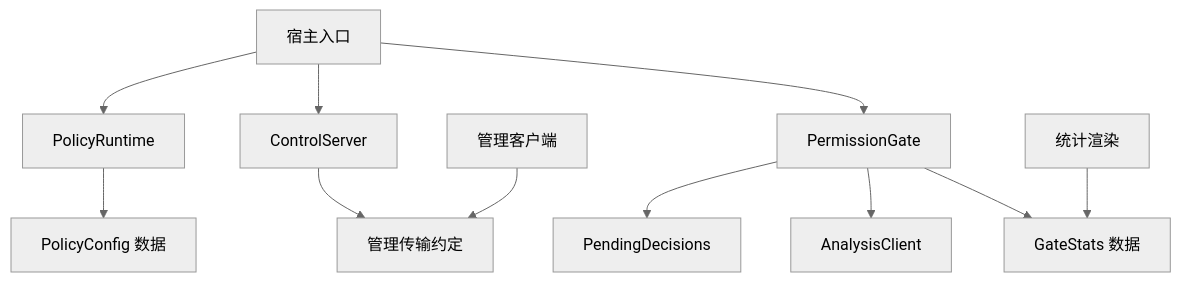
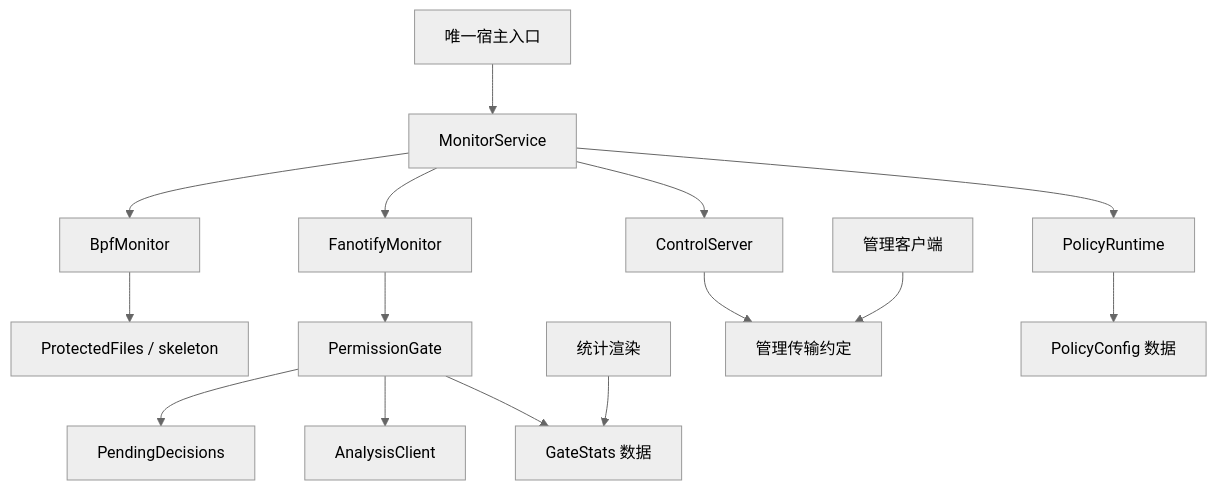
The diagram in docs/ARCHITECTURE_REVIEW.md (once512/SysMon-eBPF), drawn with Mermaid (neutral theme) before and after one commit. The commit also changed other lines of this file and 14 other files, not shown here.

````diff
--- a/docs/ARCHITECTURE_REVIEW.md
+++ b/docs/ARCHITECTURE_REVIEW.md
@@ -45,13 +49,17 @@
 ```mermaid
 flowchart TD
-    Main[宿主入口] --> Runtime[PolicyRuntime]
-    Main --> Server[ControlServer]
-    Main --> Gate[PermissionGate]
+    Main[唯一宿主入口] --> Service[MonitorService]
+    Service --> Runtime[PolicyRuntime]
+    Service --> Server[ControlServer]
+    Service --> BPF[BpfMonitor]
+    BPF --> Pins[ProtectedFiles / skeleton]
+    Service --> Fan[FanotifyMonitor]
+    Fan --> Gate[PermissionGate]
     Gate --> Pending[PendingDecisions]
     Gate --> Analyzer[AnalysisClient]
     Gate --> Data[GateStats 数据]
     Render[统计渲染] --> Data
     Server --> Channel[管理传输约定]
     Client[管理客户端] --> Channel
     Runtime --> Config[PolicyConfig 数据]
 ```
````
